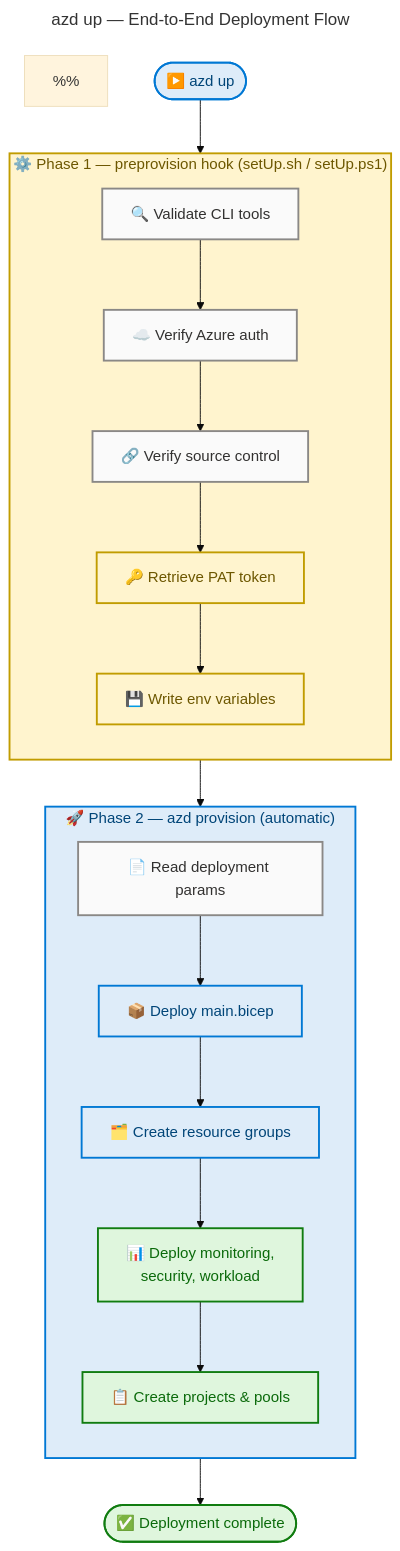
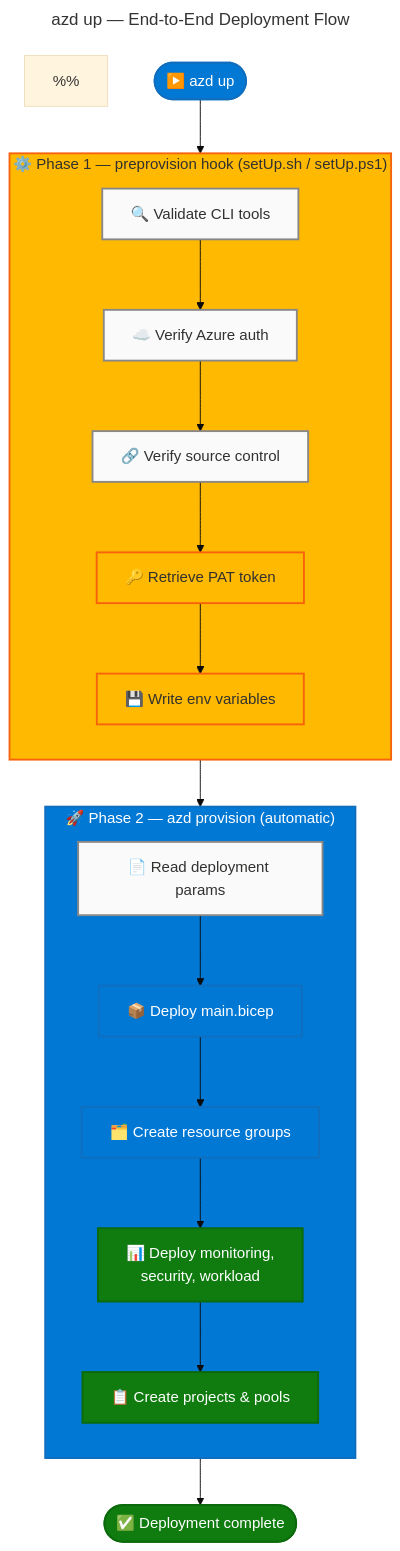
One commit to Evilazaro/DevExp-DevBox changed the second of 2 diagrams in README.md. Above: the diagram before and after it, drawn with Mermaid. The commit also changed other lines of this file, not shown here.

Commit message:
docs: update flowchart color documentation for improved semantic clarity and consistency

````diff
--- a/README.md
+++ b/README.md
@@ -262,81 +258,75 @@
 ```mermaid
 ---
 title: "azd up — End-to-End Deployment Flow"
 config:
   theme: base
   look: classic
   layout: dagre
   themeVariables:
     fontSize: '16px'
   flowchart:
     htmlLabels: true
 ---
 flowchart TB
     accTitle: azd up — End-to-End Deployment Flow
     accDescr: Shows the two-phase deployment process — preprovision setup followed by Bicep infrastructure provisioning
 
     %% ═══════════════════════════════════════════════════════════════════════════
     %% AZURE / FLUENT ARCHITECTURE PATTERN v1.1
     %% (Semantic + Structural + Font + Accessibility Governance)
     %% ═══════════════════════════════════════════════════════════════════════════
     %% PHASE 1 - STRUCTURAL: Direction explicit, flat topology, nesting ≤ 3
     %% PHASE 2 - SEMANTIC: Colors justified, max 5 semantic classes, neutral-first
     %% PHASE 3 - FONT: Dark text on light backgrounds, contrast ≥ 4.5:1
     %% PHASE 4 - ACCESSIBILITY: accTitle/accDescr present, icons on all nodes
     %% PHASE 5 - STANDARD: Governance block present, classDefs centralized
     %% ═══════════════════════════════════════════════════════════════════════════
 
     %% COLOR DOCUMENTATION
     %% neutral (#FAFAFA) — Validation and read operations
-    %% core (#DEECF9) — Entry/exit and deployment operations (azd up, Bicep deploy)
-    %% success (#DFF6DD) — Completed deployment stages
-    %% warning (#FFF4CE) — Security-sensitive operations (PAT, secrets)
-    %% danger (#FDE7E9) — Error states, alerts, destructive actions
-    %% data (#E1DFDD) — Data storage, network infrastructure
-    %% external (#F3F2F1) — External systems, boundaries, outer containers
+    %% core (#0078D4) — Entry/exit and deployment operations (azd up, Bicep deploy)
+    %% success (#107C10) — Completed deployment stages
+    %% warning (#FFB900) — Security-sensitive operations (PAT, secrets)
     %%
     %% SUBGRAPH SEMANTIC COLORS (Step 3a — functional siblings)
-    %% phase1 (#FFF4CE) — Setup/security operations (PAT retrieval, auth)
-    %% phase2 (#DEECF9) — Core deployment operations (Bicep, provisioning)
+    %% phase1 (#FFB900) — Setup/security operations (PAT retrieval, auth)
+    %% phase2 (#0078D4) — Core deployment operations (Bicep, provisioning)
 
     start(["▶️ azd up"]):::core --> phase1
 
     subgraph phase1["⚙️ Phase 1 — preprovision hook (setUp.sh / setUp.ps1)"]
         direction TB
         step1["🔍 Validate CLI tools"]:::neutral
         step2["☁️ Verify Azure auth"]:::neutral
         step3["🔗 Verify source control"]:::neutral
         step4["🔑 Retrieve PAT token"]:::warning
         step5["💾 Write env variables"]:::warning
 
         step1 --> step2 --> step3 --> step4 --> step5
     end
 
     phase1 --> phase2
 
     subgraph phase2["🚀 Phase 2 — azd provision (automatic)"]
         direction TB
         prov1["📄 Read deployment params"]:::neutral
         prov2["📦 Deploy main.bicep"]:::core
         prov3["🗂️ Create resource groups"]:::core
         prov4["📊 Deploy monitoring,<br>security, workload"]:::success
         prov5["📋 Create projects & pools"]:::success
 
         prov1 --> prov2 --> prov3 --> prov4 --> prov5
     end
 
     prov5 --> done(["✅ Deployment complete"]):::success
 
     %% SUBGRAPH STYLING — semantic fills for functional siblings (2 subgraphs = 2 style directives)
-    style phase1 fill:#FFF4CE,stroke:#C19C00,stroke-width:2px,color:#6D5700
-    style phase2 fill:#DEECF9,stroke:#0078D4,stroke-width:2px,color:#004578
+    style phase1 fill:#FFB900,stroke:#F7630C,stroke-width:2px,color:#323130
+    style phase2 fill:#0078D4,stroke:#106EBE,stroke-width:2px,color:#FFFFFF
 
-    %% Centralized classDef palette (canonical — neutral-first, 7 semantic classes)
+    %% Centralized classDef palette (canonical — neutral-first, 3 semantic + neutral)
     classDef neutral fill:#FAFAFA,stroke:#8A8886,stroke-width:2px,color:#323130
-    classDef core fill:#DEECF9,stroke:#0078D4,stroke-width:2px,color:#004578
-    classDef success fill:#DFF6DD,stroke:#107C10,stroke-width:2px,color:#0B6A0B
-    classDef warning fill:#FFF4CE,stroke:#C19C00,stroke-width:2px,color:#6D5700
-    classDef danger fill:#FDE7E9,stroke:#D13438,stroke-width:2px,color:#A4262C
-    classDef data fill:#E1DFDD,stroke:#0078D4,stroke-width:2px,color:#004578
-    classDef external fill:#F3F2F1,stroke:#605E5C,stroke-width:2px,color:#323130
+    classDef core fill:#0078D4,stroke:#106EBE,stroke-width:2px,color:#FFFFFF
+    classDef success fill:#107C10,stroke:#0B6A0B,stroke-width:2px,color:#FFFFFF
+    classDef warning fill:#FFB900,stroke:#F7630C,stroke-width:2px,color:#323130
 ```
````
